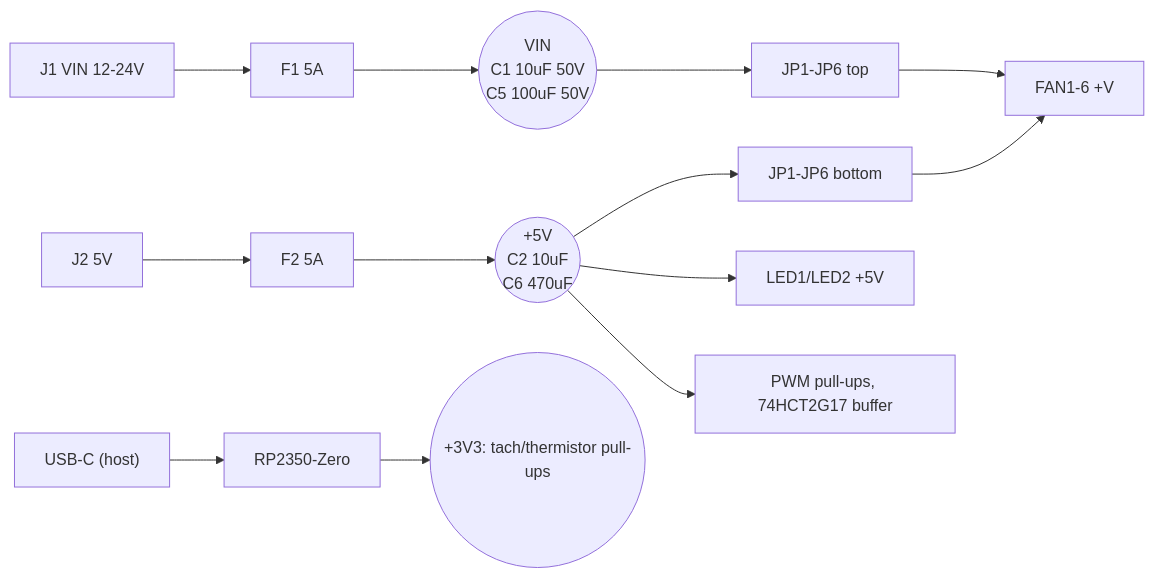
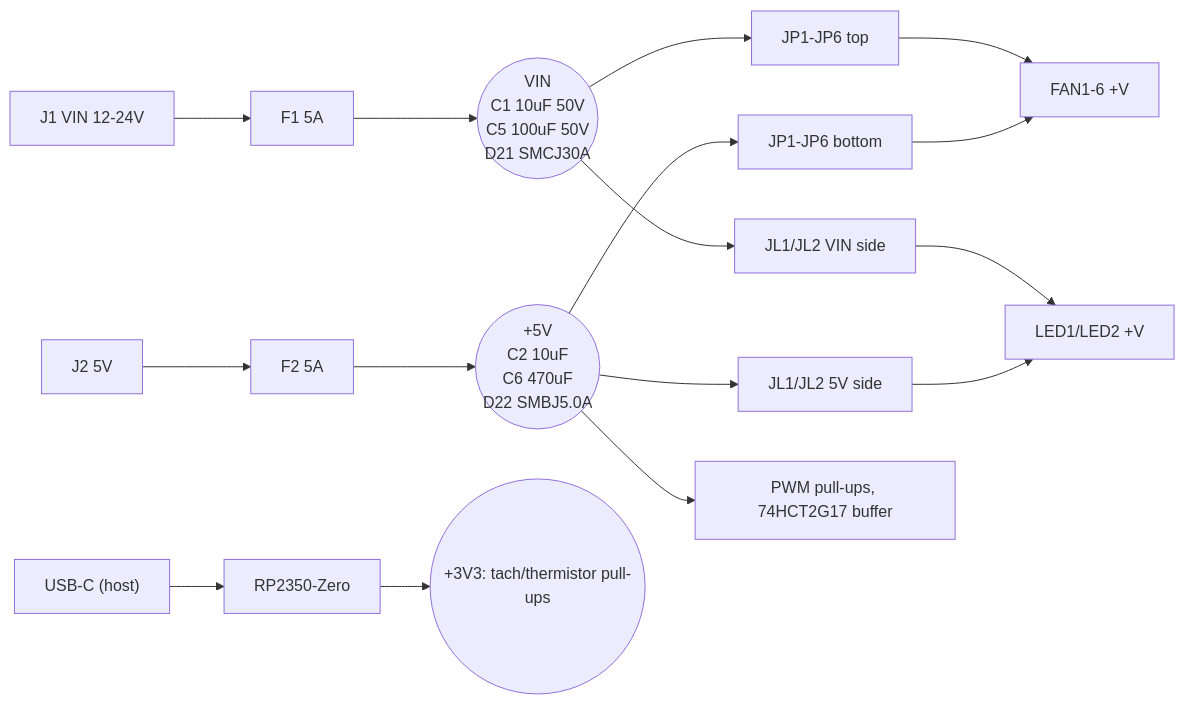
The diagram in docs/design-notes.md (mokshmridul/TinyFan2350), drawn with Mermaid before and after one commit. The commit also changed other lines of this file and 18 other files, not shown here.

````diff
--- a/docs/design-notes.md
+++ b/docs/design-notes.md
@@ -26,12 +80,13 @@
 ```mermaid
 flowchart LR
-  J1["J1 VIN 12-24V"] --> F1["F1 5A"] --> VIN(("VIN<br/>C1 10uF 50V<br/>C5 100uF 50V"))
-  J2["J2 5V"] --> F2["F2 5A"] --> V5(("+5V<br/>C2 10uF<br/>C6 470uF"))
+  J1["J1 VIN 12-24V"] --> F1["F1 5A"] --> VIN(("VIN<br/>C1 10uF 50V<br/>C5 100uF 50V<br/>D21 SMCJ30A"))
+  J2["J2 5V"] --> F2["F2 5A"] --> V5(("+5V<br/>C2 10uF<br/>C6 470uF<br/>D22 SMBJ5.0A"))
   VIN --> JP["JP1-JP6 top"]
   V5 --> JPb["JP1-JP6 bottom"]
   JP --> FANS["FAN1-6 +V"]
   JPb --> FANS
-  V5 --> LED["LED1/LED2 +5V"]
+  VIN --> JL["JL1/JL2 VIN side"] --> LED["LED1/LED2 +V"]
+  V5 --> JL5["JL1/JL2 5V side"] --> LED
   V5 --> SHIFT["PWM pull-ups, 74HCT2G17 buffer"]
   USB["USB-C (host)"] --> MCU["RP2350-Zero"] --> V33(("+3V3: tach/thermistor pull-ups"))
 ```
````
